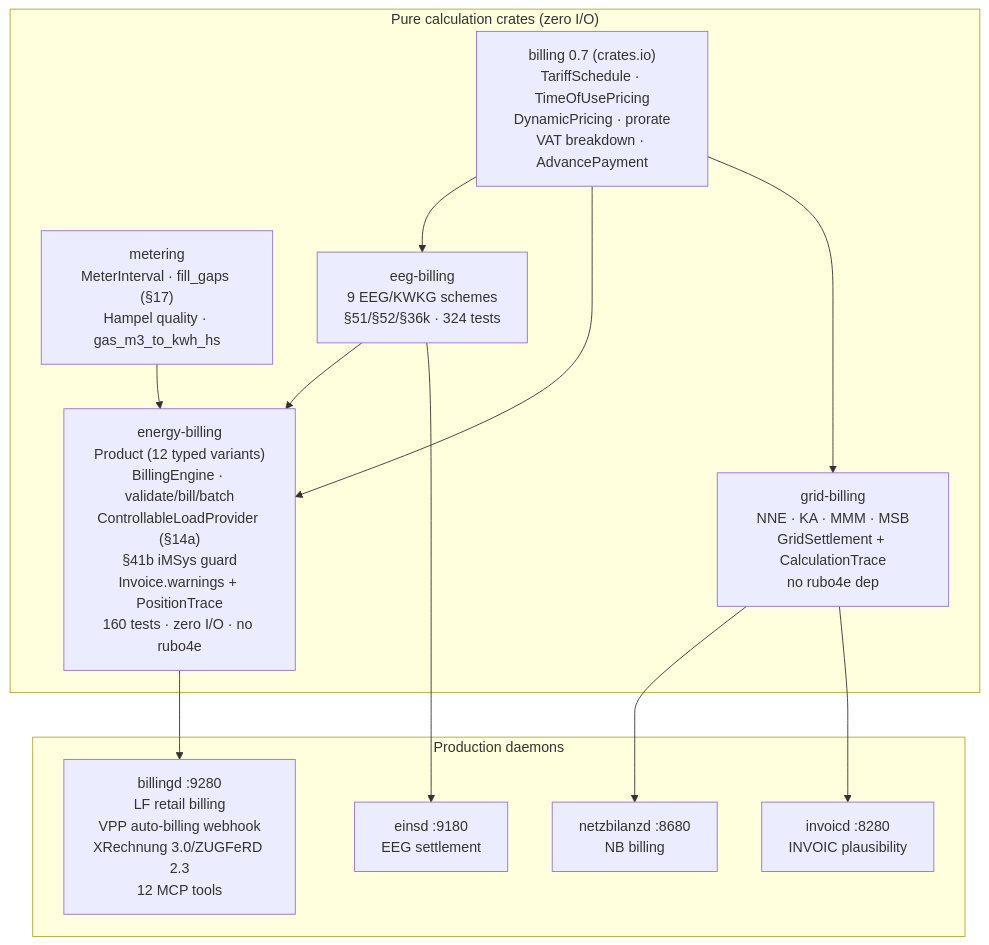
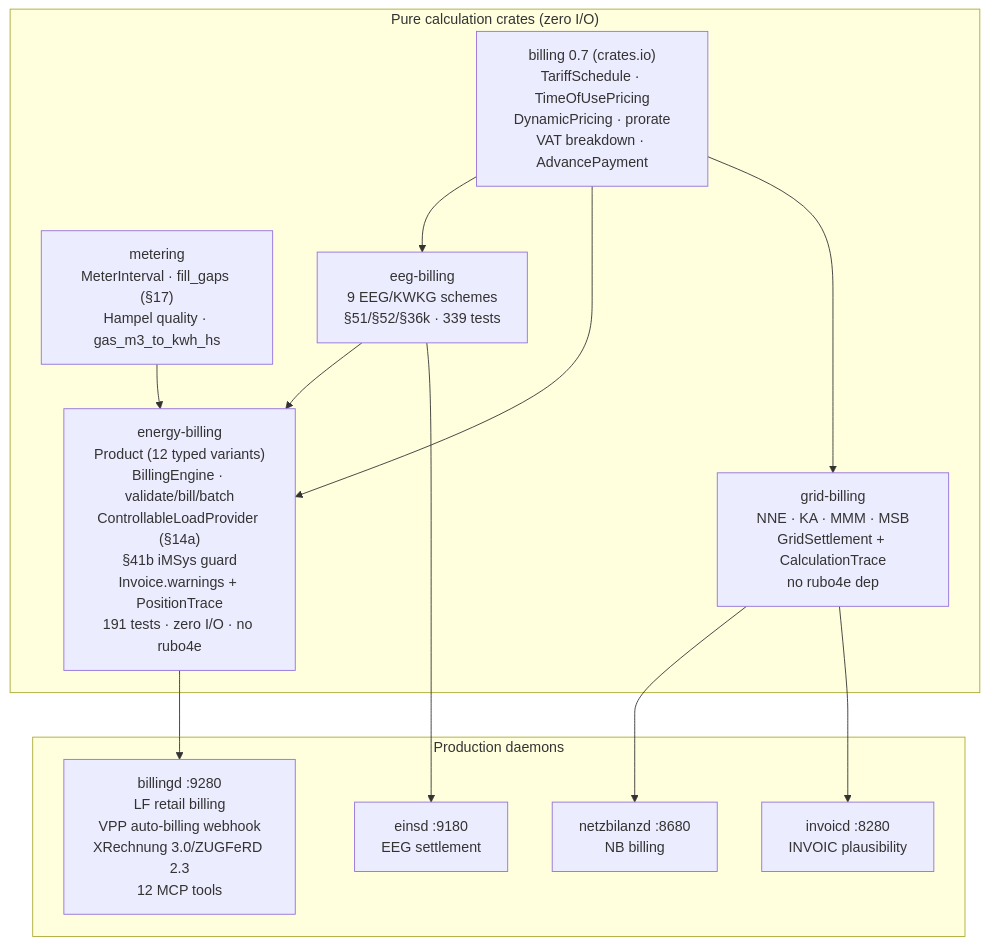
One commit to hupe1980/mako changed the second of 4 diagrams in docs/architecture.md. Above: the diagram before and after it, drawn with Mermaid. The commit also changed other lines of this file and 23 other files, not shown here.

````diff
--- a/docs/architecture.md
+++ b/docs/architecture.md
@@ -235,27 +236,27 @@
 ```mermaid
 graph TD
     subgraph pure ["Pure calculation crates (zero I/O)"]
         billing["billing 0.7 (crates.io)\nTariffSchedule · TimeOfUsePricing\nDynamicPricing · prorate\nVAT breakdown · AdvancePayment"]
         metering["metering\nMeterInterval · fill_gaps (§17)\nHampel quality · gas_m3_to_kwh_hs"]
-        eeg["eeg-billing\n9 EEG/KWKG schemes\n§51/§52/§36k · 324 tests"]
+        eeg["eeg-billing\n9 EEG/KWKG schemes\n§51/§52/§36k · 339 tests"]
         grid["grid-billing\nNNE · KA · MMM · MSB\nGridSettlement + CalculationTrace\nno rubo4e dep"]
-        energy["energy-billing\nProduct (12 typed variants)\nBillingEngine · validate/bill/batch\nControllableLoadProvider (§14a)\n§41b iMSys guard\nInvoice.warnings + PositionTrace\n160 tests · zero I/O · no rubo4e"]
+        energy["energy-billing\nProduct (12 typed variants)\nBillingEngine · validate/bill/batch\nControllableLoadProvider (§14a)\n§41b iMSys guard\nInvoice.warnings + PositionTrace\n191 tests · zero I/O · no rubo4e"]
     end
 
     subgraph daemons ["Production daemons"]
         netzbilanzd["netzbilanzd :8680\nNB billing"]
         einsd["einsd :9180\nEEG settlement"]
         billingd["billingd :9280\nLF retail billing\nVPP auto-billing webhook\nXRechnung 3.0/ZUGFeRD 2.3\n12 MCP tools"]
         invoicd["invoicd :8280\nINVOIC plausibility"]
     end
 
     billing --> eeg
     billing --> energy
     billing --> grid
     metering --> energy
     eeg --> energy
     eeg --> einsd
     grid --> netzbilanzd
     grid --> invoicd
     energy --> billingd
 ```
````
